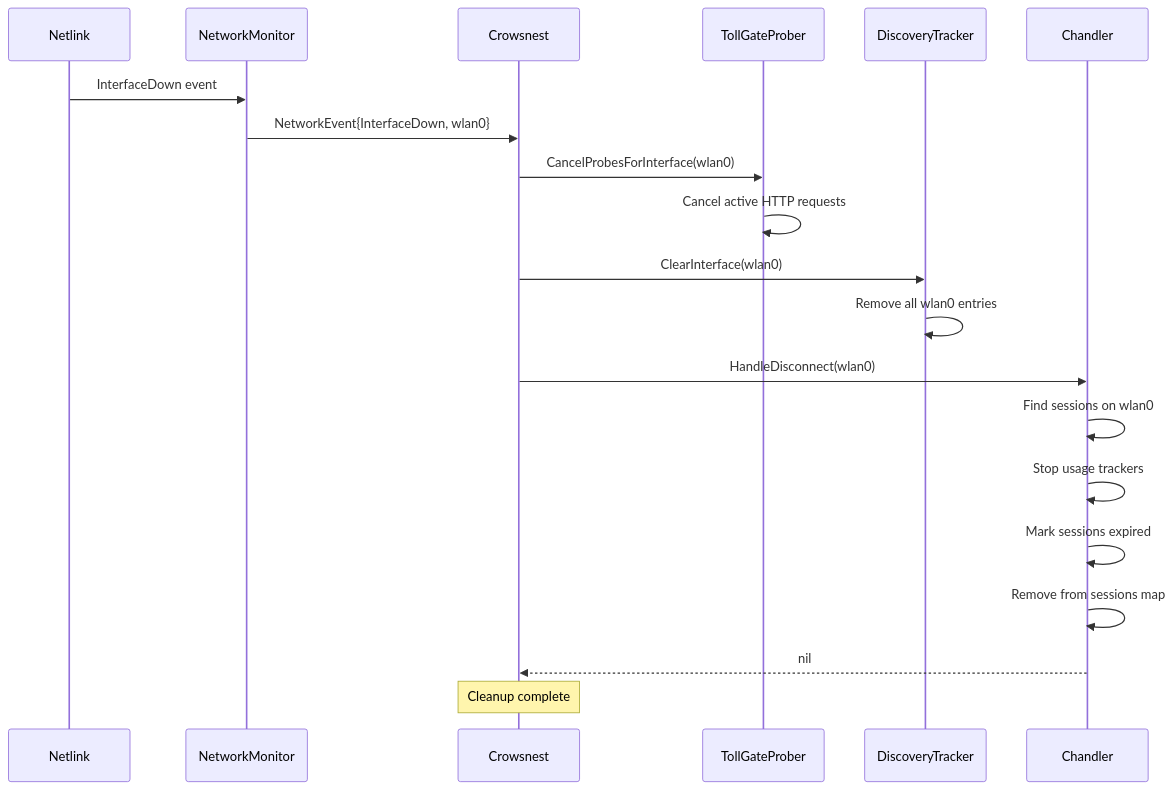
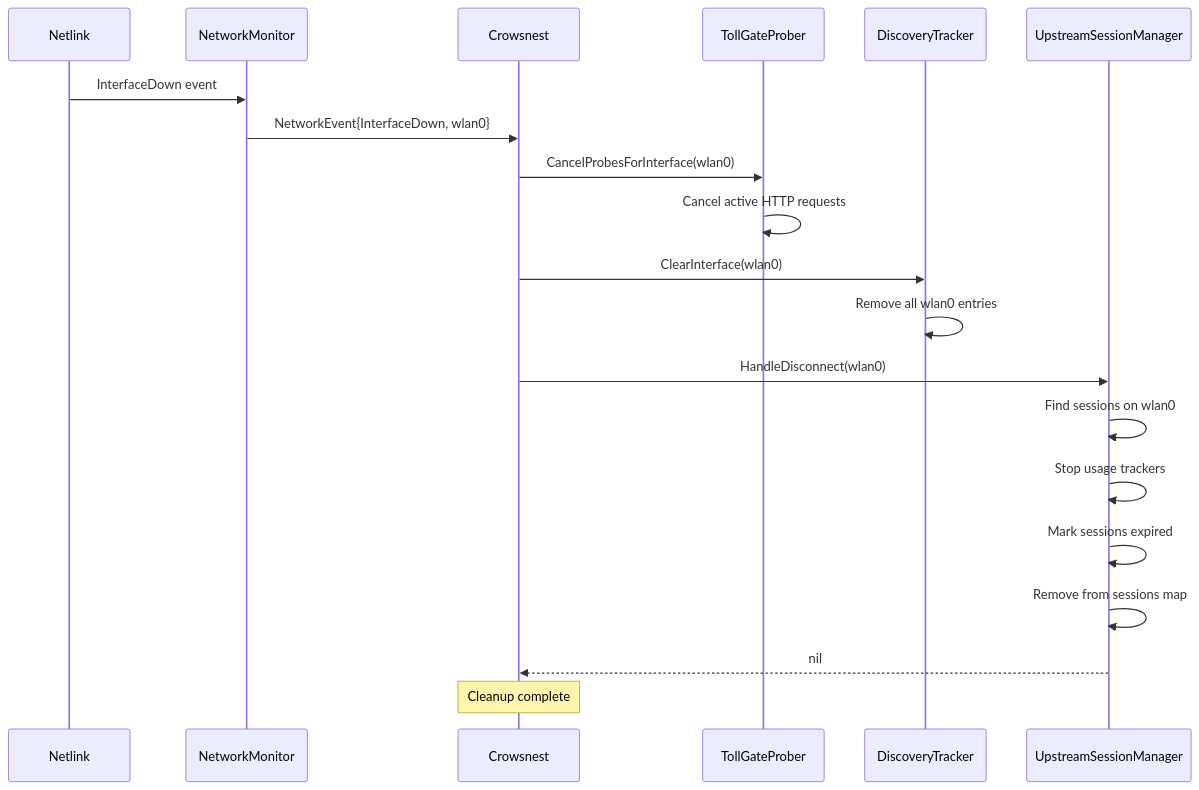
The fifth of 5 diagrams in docs/crowsnest.md (OpenTollGate/tollgate-module-basic-go), drawn with Mermaid before and after one commit. The commit also changed other lines of this file and 24 other files, not shown here.

First line of the commit message:
rename chandler → upstream_session_manager

````diff
--- a/docs/crowsnest.md
+++ b/docs/crowsnest.md
@@ -380,27 +380,27 @@
 ```mermaid
 sequenceDiagram
     participant NL as Netlink
     participant NM as NetworkMonitor
     participant CS as Crowsnest
     participant TP as TollGateProber
     participant DT as DiscoveryTracker
-    participant CH as Chandler
+    participant CH as UpstreamSessionManager
     
     NL->>NM: InterfaceDown event
     NM->>CS: NetworkEvent{InterfaceDown, wlan0}
     
     CS->>TP: CancelProbesForInterface(wlan0)
     TP->>TP: Cancel active HTTP requests
     
     CS->>DT: ClearInterface(wlan0)
     DT->>DT: Remove all wlan0 entries
     
     CS->>CH: HandleDisconnect(wlan0)
     CH->>CH: Find sessions on wlan0
     CH->>CH: Stop usage trackers
     CH->>CH: Mark sessions expired
     CH->>CH: Remove from sessions map
     CH-->>CS: nil
     
     Note over CS: Cleanup complete
 ```
````
